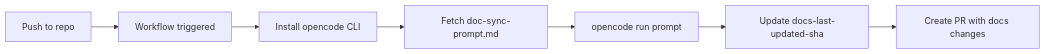
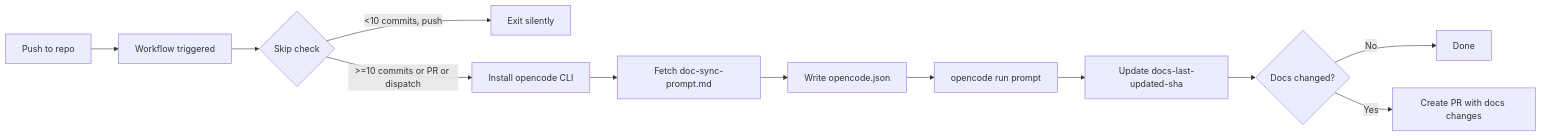
The diagram in docs/deployment.md (DefaceRoot/agentic-documentation), drawn with Mermaid before and after one commit. The commit also changed other lines of this file and 7 other files, not shown here.

Commit message:
docs: automated sync — opencode harness

````diff
--- a/docs/deployment.md
+++ b/docs/deployment.md
@@ -14,9 +30,14 @@
 ```mermaid
 flowchart LR
-		push[Push to repo] --> trigger[Workflow triggered]
-		trigger --> install[Install opencode CLI]
-		install --> fetch[Fetch doc-sync-prompt.md]
-		fetch --> run[opencode run prompt]
-		run --> sha[Update docs-last-updated-sha]
-		sha --> pr[Create PR with docs changes]
+    push[Push to repo] --> trigger[Workflow triggered]
+    trigger --> skip{Skip check}
+    skip -->|<10 commits, push| exit[Exit silently]
+    skip -->|>=10 commits or PR or dispatch| install[Install opencode CLI]
+    install --> fetch[Fetch doc-sync-prompt.md]
+    fetch --> config[Write opencode.json]
+    config --> run[opencode run prompt]
+    run --> sha[Update docs-last-updated-sha]
+    sha --> check{Docs changed?}
+    check -->|No| done[Done]
+    check -->|Yes| pr[Create PR with docs changes]
 ```
````
